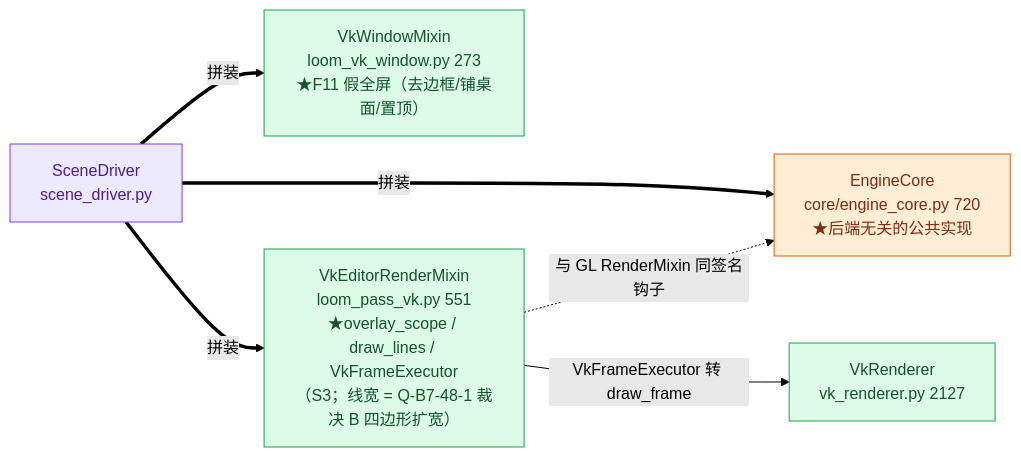
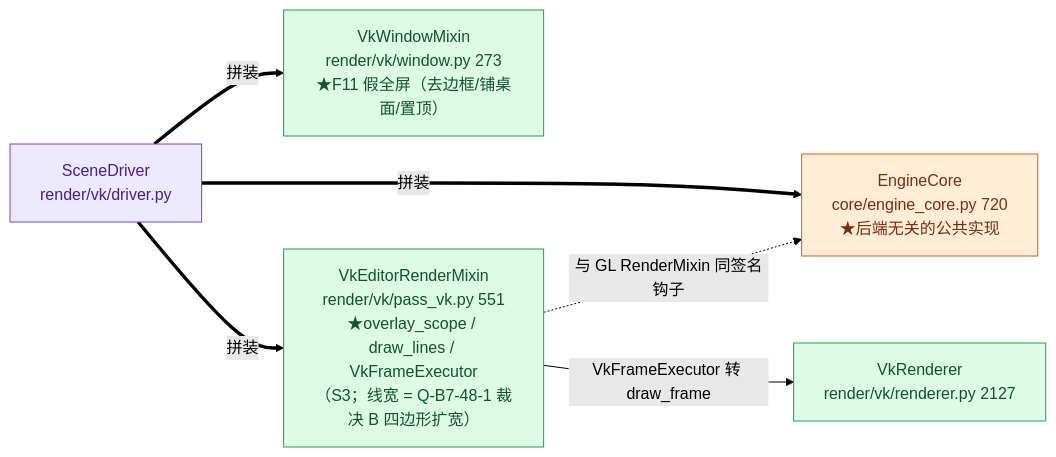
One commit to lhy302/WeaveEngine changed the third of 23 diagrams in ARCHITECTURE.md. Above: the diagram before and after it, drawn with Mermaid (forest theme). The commit also changed other lines of this file and 97 other files, not shown here.

````diff
--- a/ARCHITECTURE.md
+++ b/ARCHITECTURE.md
@@ -188,12 +188,12 @@
 ```mermaid
 flowchart LR
-  S["SceneDriver<br/>scene_driver.py"]:::facade
+  S["SceneDriver<br/>render/vk/driver.py"]:::facade
   S ==>|拼装| K["EngineCore<br/>core/engine_core.py 720<br/>★后端无关的公共实现"]:::contract
-  S ==>|拼装| W["VkWindowMixin<br/>loom_vk_window.py 273<br/>★F11 假全屏（去边框/铺桌面/置顶）"]:::impl
-  S ==>|拼装| V["VkEditorRenderMixin<br/>loom_pass_vk.py 551<br/>★overlay_scope / draw_lines / VkFrameExecutor<br/>（S3；线宽 = Q-B7-48-1 裁决 B 四边形扩宽）"]:::impl
-  V -->|VkFrameExecutor 转 draw_frame| R["VkRenderer<br/>vk_renderer.py 2127"]:::impl
+  S ==>|拼装| W["VkWindowMixin<br/>render/vk/window.py 273<br/>★F11 假全屏（去边框/铺桌面/置顶）"]:::impl
+  S ==>|拼装| V["VkEditorRenderMixin<br/>render/vk/pass_vk.py 551<br/>★overlay_scope / draw_lines / VkFrameExecutor<br/>（S3；线宽 = Q-B7-48-1 裁决 B 四边形扩宽）"]:::impl
+  V -->|VkFrameExecutor 转 draw_frame| R["VkRenderer<br/>render/vk/renderer.py 2127"]:::impl
   V -.->|与 GL RenderMixin 同签名钩子| K
   classDef facade fill:#ede9fe,stroke:#7c3aed,color:#4c1d95
   classDef impl fill:#dcfce7,stroke:#16a34a,color:#14532d
   classDef contract fill:#ffedd5,stroke:#ea580c,color:#7c2d12
 ```
````
